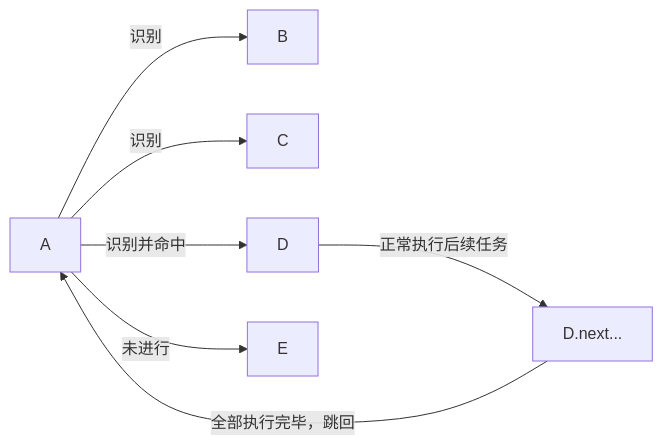
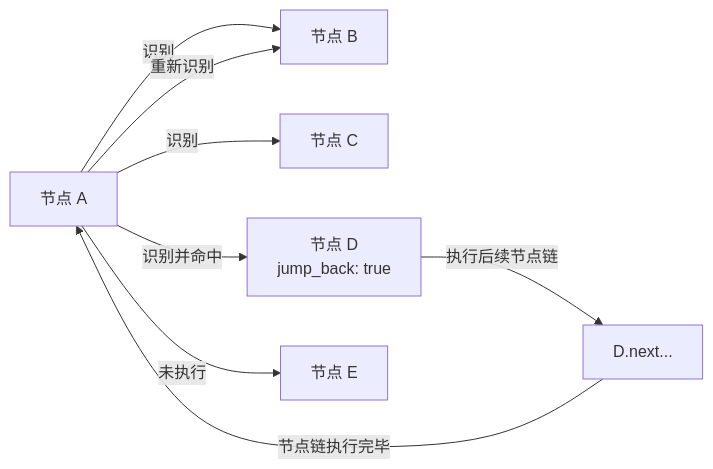
The fourth of 4 diagrams in docs/zh_cn/3.1-任务流水线协议.md (MaaXYZ/MaaFramework), drawn with Mermaid before and after one commit. The commit also changed other lines of this file and 1 other file, not shown here.

````diff
--- a/docs/zh_cn/3.1-任务流水线协议.md
+++ b/docs/zh_cn/3.1-任务流水线协议.md
@@ -325,9 +367,10 @@
-    ```mermaid
-    graph LR
-        A -->|识别| B
-        A -->|识别| C
-        A -->|识别并命中| D
-        A -->|未进行| E
-        D -->|正常执行后续任务| F[D.next...]
-        F -->|全部执行完毕，跳回| A
-    ```
+```mermaid
+graph LR
+    A[节点 A] -->|识别| B[节点 B]
+    A -->|识别| C[节点 C]
+    A -->|识别并命中| D[节点 D<br/>jump_back: true]
+    A -->|未执行| E[节点 E]
+    D -->|执行后续节点链| F[D.next...]
+    F -->|节点链执行完毕| A
+    A -->|重新识别| B
+```
````
